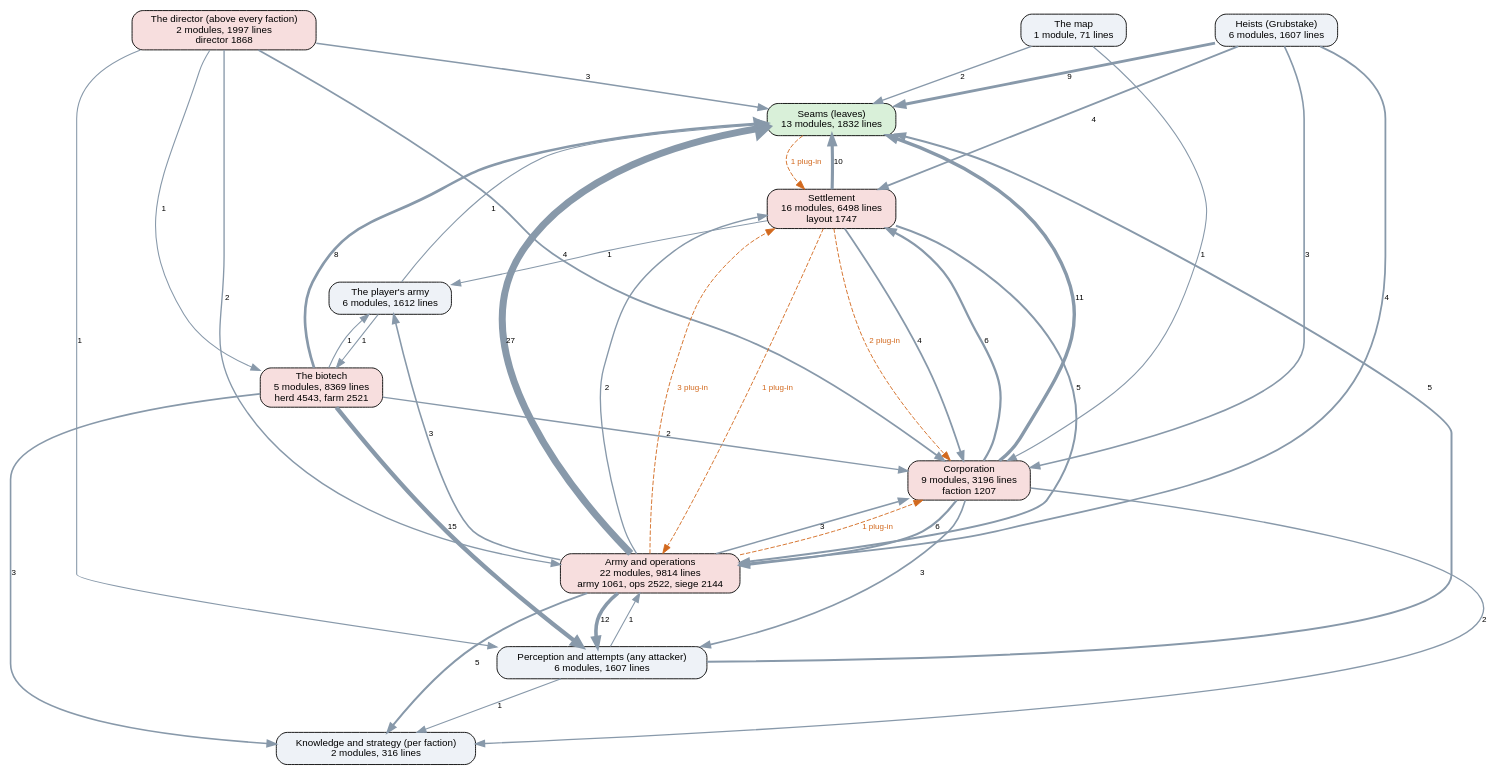
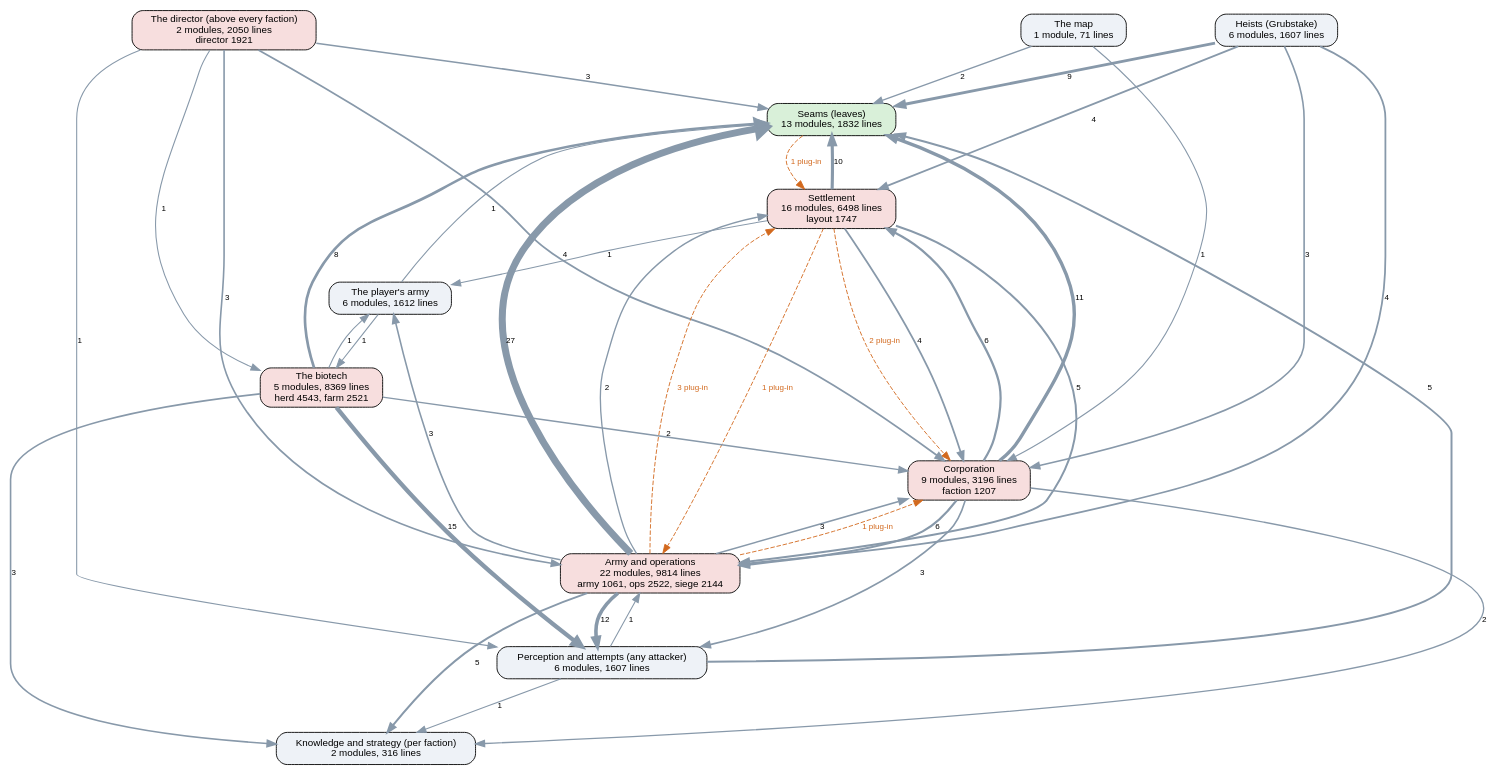
The diagram in docs/ai-layers.dot (kinelhu/landing-party), drawn with Graphviz before and after one commit. The commit also changed 13 other files, not shown here.

```diff
--- a/docs/ai-layers.dot
+++ b/docs/ai-layers.dot
@@ -1,57 +1,57 @@
 digraph layers {
   graph [rankdir=TB, fontname="Helvetica", nodesep=0.5, ranksep=0.7];
   node [shape=box, style="rounded,filled", fontname="Helvetica", fontsize=11, fillcolor="#eef2f7"];
   edge [color="#8899aa", fontname="Helvetica", fontsize=9];
   "Seams (leaves)" [label="Seams (leaves)\n13 modules, 1832 lines", fillcolor="#d9f0d9"];
   "Perception and attempts (any attacker)" [label="Perception and attempts (any attacker)\n6 modules, 1607 lines", fillcolor="#eef2f7"];
   "Knowledge and strategy (per faction)" [label="Knowledge and strategy (per faction)\n2 modules, 316 lines", fillcolor="#eef2f7"];
-  "The director (above every faction)" [label="The director (above every faction)\n2 modules, 1997 lines\ndirector 1868", fillcolor="#f7dede"];
+  "The director (above every faction)" [label="The director (above every faction)\n2 modules, 2050 lines\ndirector 1921", fillcolor="#f7dede"];
   "Corporation" [label="Corporation\n9 modules, 3196 lines\nfaction 1207", fillcolor="#f7dede"];
   "Settlement" [label="Settlement\n16 modules, 6498 lines\nlayout 1747", fillcolor="#f7dede"];
   "Army and operations" [label="Army and operations\n22 modules, 9814 lines\narmy 1061, ops 2522, siege 2144", fillcolor="#f7dede"];
   "Heists (Grubstake)" [label="Heists (Grubstake)\n6 modules, 1607 lines", fillcolor="#eef2f7"];
   "The biotech" [label="The biotech\n5 modules, 8369 lines\nherd 4543, farm 2521", fillcolor="#f7dede"];
   "The map" [label="The map\n1 module, 71 lines", fillcolor="#eef2f7"];
   "The player's army" [label="The player's army\n6 modules, 1612 lines", fillcolor="#eef2f7"];
   "Army and operations" -> "Corporation" [label="3", penwidth=1.8];
   "Army and operations" -> "Knowledge and strategy (per faction)" [label="5", penwidth=2.2];
   "Army and operations" -> "Perception and attempts (any attacker)" [label="12", penwidth=4.0];
   "Army and operations" -> "Seams (leaves)" [label="27", penwidth=7.8];
   "Army and operations" -> "Settlement" [label="2", penwidth=1.5];
   "Army and operations" -> "The player's army" [label="3", penwidth=1.8];
   "Corporation" -> "Army and operations" [label="6", penwidth=2.5];
   "Corporation" -> "Knowledge and strategy (per faction)" [label="2", penwidth=1.5];
   "Corporation" -> "Perception and attempts (any attacker)" [label="3", penwidth=1.8];
   "Corporation" -> "Seams (leaves)" [label="11", penwidth=3.8];
   "Corporation" -> "Settlement" [label="6", penwidth=2.5];
   "Heists (Grubstake)" -> "Army and operations" [label="4", penwidth=2.0];
   "Heists (Grubstake)" -> "Corporation" [label="3", penwidth=1.8];
   "Heists (Grubstake)" -> "Seams (leaves)" [label="9", penwidth=3.2];
   "Heists (Grubstake)" -> "Settlement" [label="4", penwidth=2.0];
   "Perception and attempts (any attacker)" -> "Army and operations" [label="1", penwidth=1.2];
   "Perception and attempts (any attacker)" -> "Knowledge and strategy (per faction)" [label="1", penwidth=1.2];
   "Perception and attempts (any attacker)" -> "Seams (leaves)" [label="5", penwidth=2.2];
   "Settlement" -> "Army and operations" [label="5", penwidth=2.2];
   "Settlement" -> "Corporation" [label="4", penwidth=2.0];
   "Settlement" -> "Seams (leaves)" [label="10", penwidth=3.5];
   "Settlement" -> "The player's army" [label="1", penwidth=1.2];
   "The biotech" -> "Corporation" [label="2", penwidth=1.5];
   "The biotech" -> "Knowledge and strategy (per faction)" [label="3", penwidth=1.8];
   "The biotech" -> "Perception and attempts (any attacker)" [label="15", penwidth=4.8];
   "The biotech" -> "Seams (leaves)" [label="8", penwidth=3.0];
   "The biotech" -> "The player's army" [label="1", penwidth=1.2];
-  "The director (above every faction)" -> "Army and operations" [label="2", penwidth=1.5];
+  "The director (above every faction)" -> "Army and operations" [label="3", penwidth=1.8];
   "The director (above every faction)" -> "Corporation" [label="4", penwidth=2.0];
   "The director (above every faction)" -> "Perception and attempts (any attacker)" [label="1", penwidth=1.2];
   "The director (above every faction)" -> "Seams (leaves)" [label="3", penwidth=1.8];
   "The director (above every faction)" -> "The biotech" [label="1", penwidth=1.2];
   "The map" -> "Corporation" [label="1", penwidth=1.2];
   "The map" -> "Seams (leaves)" [label="2", penwidth=1.5];
   "The player's army" -> "Seams (leaves)" [label="1", penwidth=1.2];
   "The player's army" -> "The biotech" [label="1", penwidth=1.2];
   "Army and operations" -> "Corporation" [style=dashed, color="#d2691e", fontcolor="#d2691e", label="1 plug-in"];
   "Army and operations" -> "Settlement" [style=dashed, color="#d2691e", fontcolor="#d2691e", label="3 plug-in"];
   "Seams (leaves)" -> "Settlement" [style=dashed, color="#d2691e", fontcolor="#d2691e", label="1 plug-in"];
   "Settlement" -> "Army and operations" [style=dashed, color="#d2691e", fontcolor="#d2691e", label="1 plug-in"];
   "Settlement" -> "Corporation" [style=dashed, color="#d2691e", fontcolor="#d2691e", label="2 plug-in"];
 }
```
